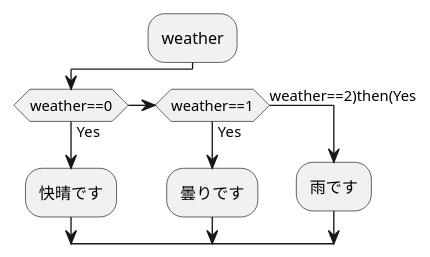
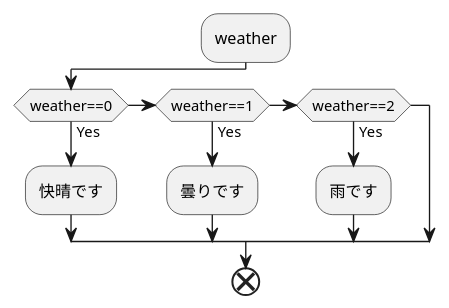
The diagram in kadai4_4.md (Aso2001409/2021sys-design), drawn with PlantUML before and after one commit.

````diff
--- a/kadai4_4.md
+++ b/kadai4_4.md
@@ -1,12 +1,13 @@
 ```uml
 @startuml
 :weather;
 if(weather==0)then(Yes)
   :快晴です;
 else if(weather==1)then(Yes)
   :曇りです;
-else(weather==2)then(Yes)
+else if(weather==2)then(Yes)
   :雨です;
 endif
+end
 @enduml
 ```
````
